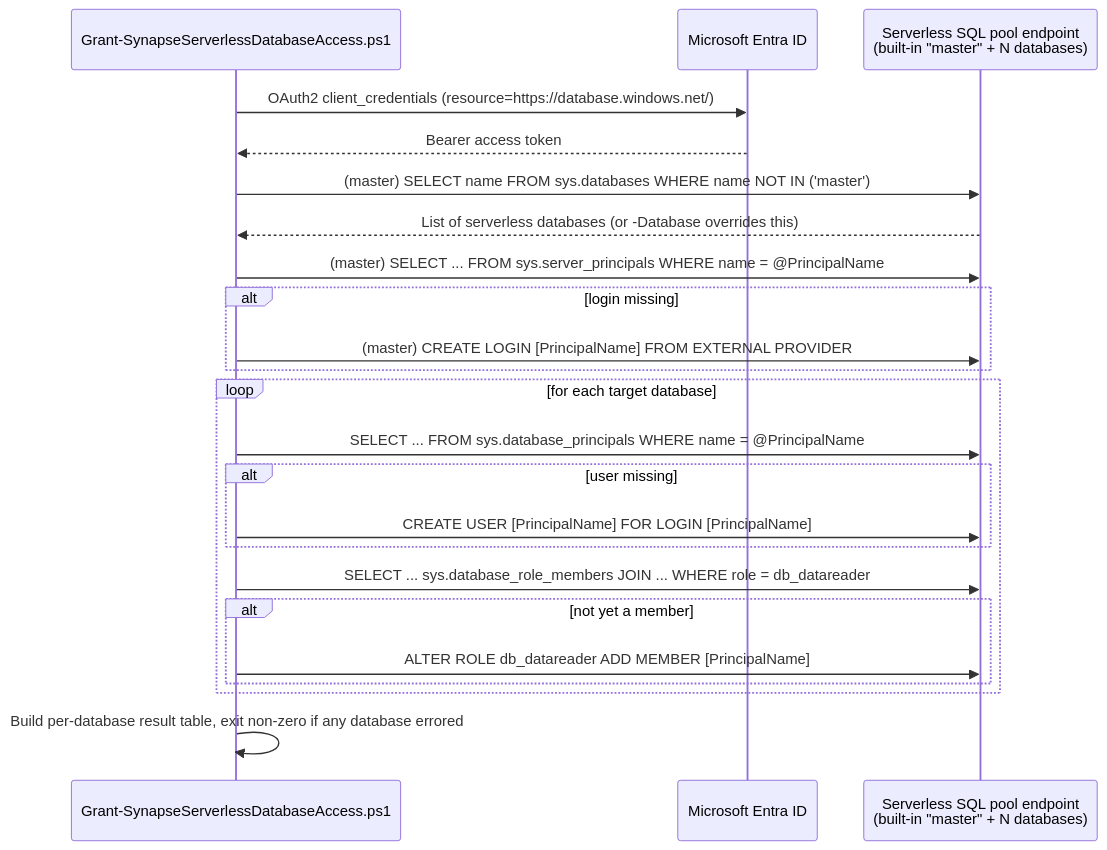
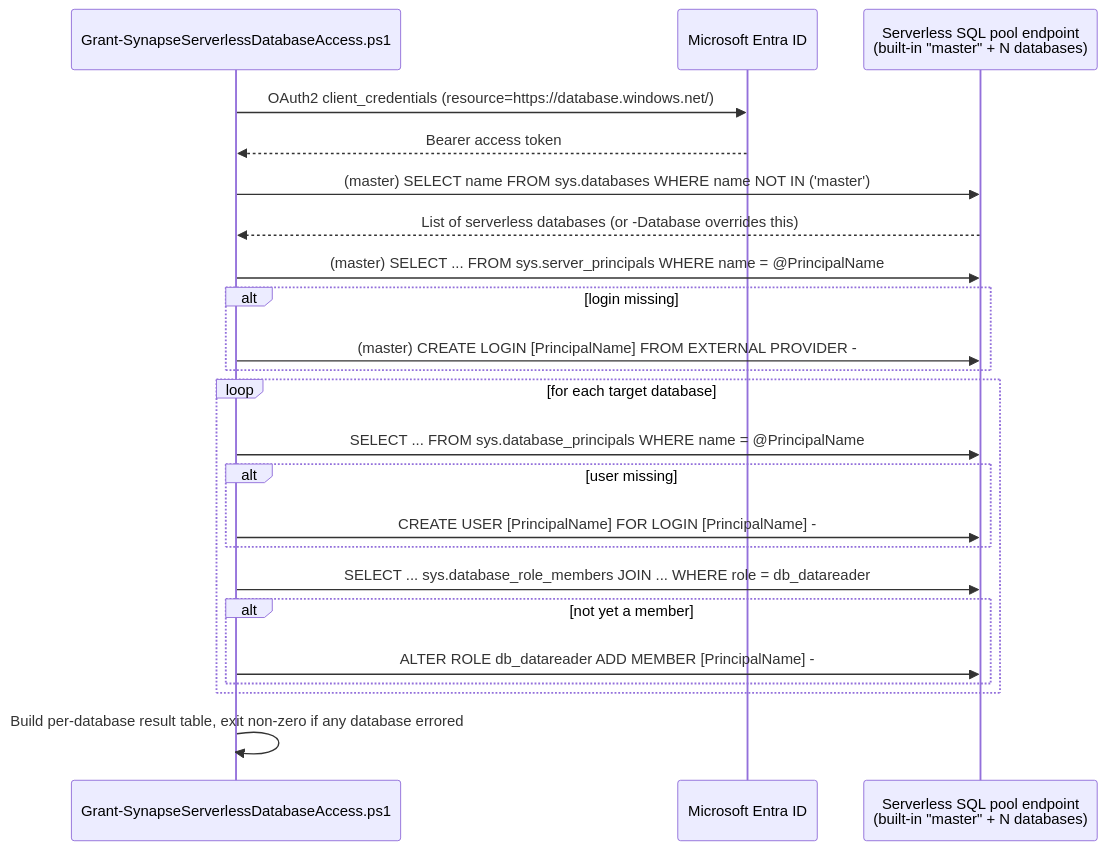
One commit to kpsec1/kpsec1.github.io changed the diagram in src/content/scenarios/data-map/bulk-grant-synapse-serverless-access.design.md. Above: the diagram before and after it, drawn with Mermaid. The commit also changed 80 other files, not shown here.

First line of the commit message:
Fix Mermaid diagram rendering across all scenarios

````diff
--- a/src/content/scenarios/data-map/bulk-grant-synapse-serverless-access.design.md
+++ b/src/content/scenarios/data-map/bulk-grant-synapse-serverless-access.design.md
@@ -112,26 +112,26 @@
 ```mermaid
 sequenceDiagram
     participant Script as Grant-SynapseServerlessDatabaseAccess.ps1
     participant AAD as Microsoft Entra ID
     participant SQL as Serverless SQL pool endpoint<br/>(built-in "master" + N databases)
 
     Script->>AAD: OAuth2 client_credentials (resource=https://database.windows.net/)
     AAD-->>Script: Bearer access token
     Script->>SQL: (master) SELECT name FROM sys.databases WHERE name NOT IN ('master')
     SQL-->>Script: List of serverless databases (or -Database overrides this)
     Script->>SQL: (master) SELECT ... FROM sys.server_principals WHERE name = @PrincipalName
     alt login missing
-        Script->>SQL: (master) CREATE LOGIN [PrincipalName] FROM EXTERNAL PROVIDER;
+        Script->>SQL: (master) CREATE LOGIN [PrincipalName] FROM EXTERNAL PROVIDER - 
     end
     loop for each target database
         Script->>SQL: SELECT ... FROM sys.database_principals WHERE name = @PrincipalName
         alt user missing
-            Script->>SQL: CREATE USER [PrincipalName] FOR LOGIN [PrincipalName];
+            Script->>SQL: CREATE USER [PrincipalName] FOR LOGIN [PrincipalName] - 
         end
         Script->>SQL: SELECT ... sys.database_role_members JOIN ... WHERE role = db_datareader
         alt not yet a member
-            Script->>SQL: ALTER ROLE db_datareader ADD MEMBER [PrincipalName];
+            Script->>SQL: ALTER ROLE db_datareader ADD MEMBER [PrincipalName] - 
         end
     end
     Script->>Script: Build per-database result table, exit non-zero if any database errored
 ```
````
